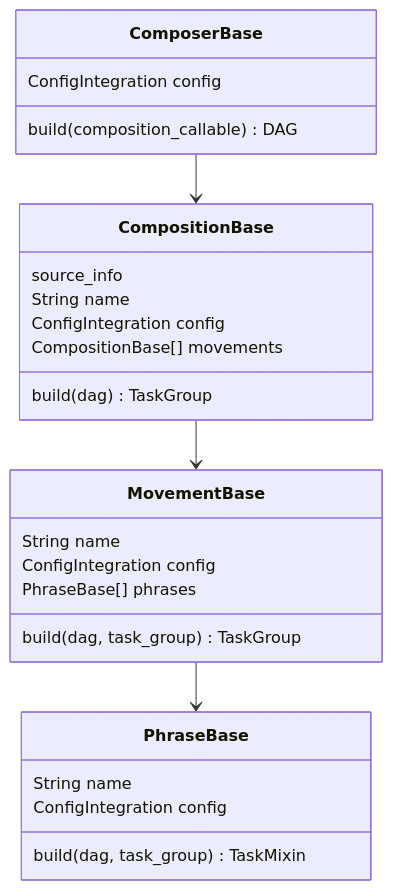
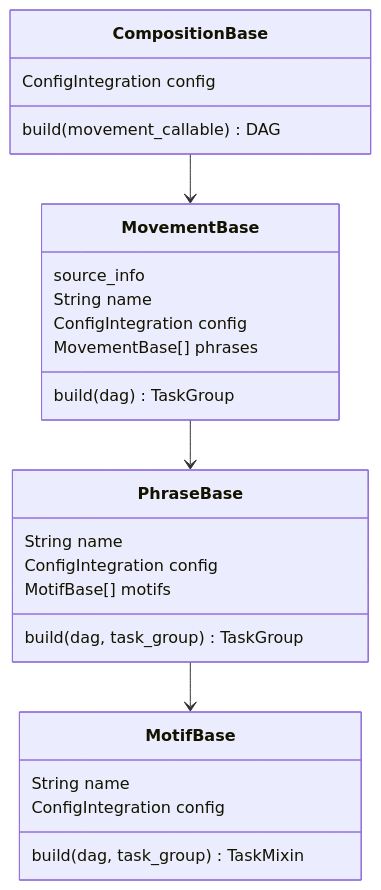
One commit to debussy-labs/debussy_concert changed the diagram in README.md. Above: the diagram before and after it, drawn with Mermaid. The commit also changed 29 other files, not shown here.

Commit message:
refactoring - renamed abstractions Composer to Composition Composition to Movement Movement to Phrase Phrase to Motif

````diff
--- a/README.md
+++ b/README.md
@@ -6,32 +6,32 @@
 ```mermaid
 classDiagram
-class ComposerBase {
+class CompositionBase {
     ConfigIntegration config
-    build(composition_callable) DAG
+    build(movement_callable) DAG
 }
 
-class CompositionBase {
+class MovementBase {
     source_info
     String name
     ConfigIntegration config
-    CompositionBase[] movements
+    MovementBase[] phrases
     build(dag) TaskGroup
 }
 
-class MovementBase{
+class PhraseBase{
     String name
     ConfigIntegration config
-    PhraseBase[] phrases
+    MotifBase[] motifs
     build(dag, task_group) TaskGroup
 }
 
-class PhraseBase {
+class MotifBase {
     String name
     ConfigIntegration config
     build(dag, task_group) TaskMixin
 }
 
-ComposerBase --> CompositionBase
 CompositionBase --> MovementBase
 MovementBase --> PhraseBase
+PhraseBase --> MotifBase
 ```
````
